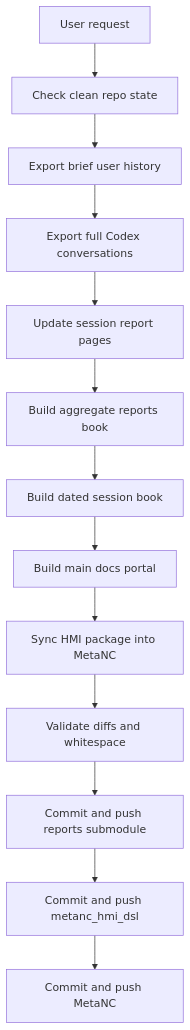
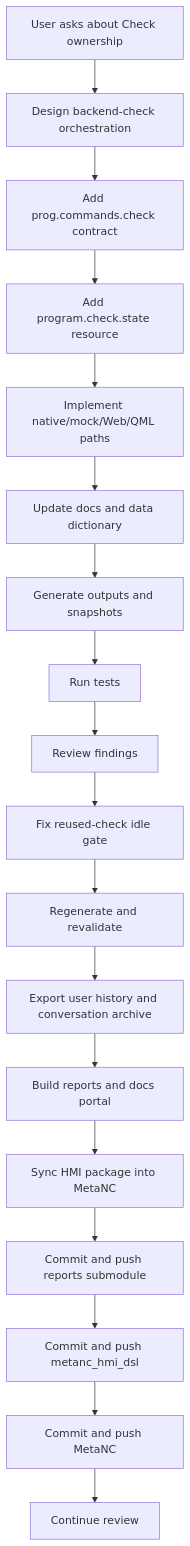
The diagram in 2026-05-14-codex-session/workflow-diagram.md (luppiterw/metanc_hmi_dsl_reports), drawn with Mermaid before and after one commit. The commit also changed 22 other files, not shown here.

Commit message:
docs: refresh 2026-05-14 HMI session report

````diff
--- a/2026-05-14-codex-session/workflow-diagram.md
+++ b/2026-05-14-codex-session/workflow-diagram.md
@@ -3,15 +3,20 @@
 ```mermaid
 flowchart TD
-    A[User request] --> B[Check clean repo state]
-    B --> C[Export brief user history]
-    C --> D[Export full Codex conversations]
-    D --> E[Update session report pages]
-    E --> F[Build aggregate reports book]
-    F --> G[Build dated session book]
-    G --> H[Build main docs portal]
-    H --> I[Sync HMI package into MetaNC]
-    I --> J[Validate diffs and whitespace]
-    J --> K[Commit and push reports submodule]
-    K --> L[Commit and push metanc_hmi_dsl]
-    L --> M[Commit and push MetaNC]
+    A[User asks about Check ownership] --> B[Design backend-check orchestration]
+    B --> C[Add prog.commands.check contract]
+    C --> D[Add program.check.state resource]
+    D --> E[Implement native/mock/Web/QML paths]
+    E --> F[Update docs and data dictionary]
+    F --> G[Generate outputs and snapshots]
+    G --> H[Run tests]
+    H --> I[Review findings]
+    I --> J[Fix reused-check idle gate]
+    J --> K[Regenerate and revalidate]
+    K --> L[Export user history and conversation archive]
+    L --> M[Build reports and docs portal]
+    M --> N[Sync HMI package into MetaNC]
+    N --> O[Commit and push reports submodule]
+    O --> P[Commit and push metanc_hmi_dsl]
+    P --> Q[Commit and push MetaNC]
+    Q --> R[Continue review]
 ```
````
